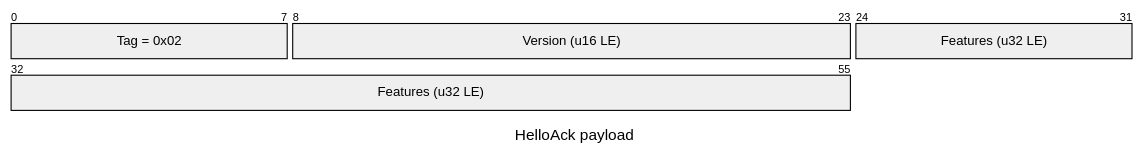
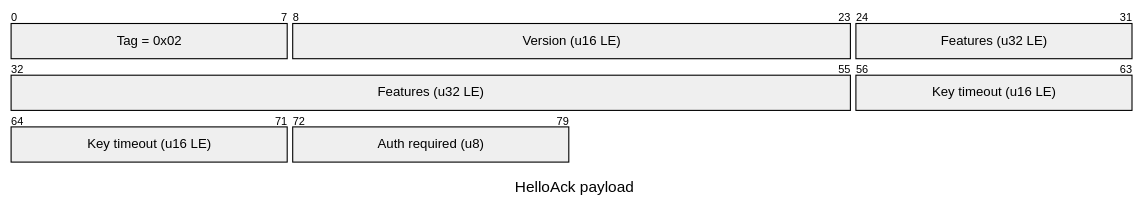
Before and after one commit to xfoa/spud: the third of 8 diagrams in docs/protocol.md, drawn with Mermaid. The commit also changed other lines of this file and 6 other files, not shown here.

````diff
--- a/docs/protocol.md
+++ b/docs/protocol.md
@@ -64,7 +71,9 @@
 ```mermaid
 packet-beta
 title HelloAck payload
 0-7: "Tag = 0x02"
 8-23: "Version (u16 LE)"
 24-55: "Features (u32 LE)"
+56-71: "Key timeout (u16 LE)"
+72-79: "Auth required (u8)"
 ```
````
